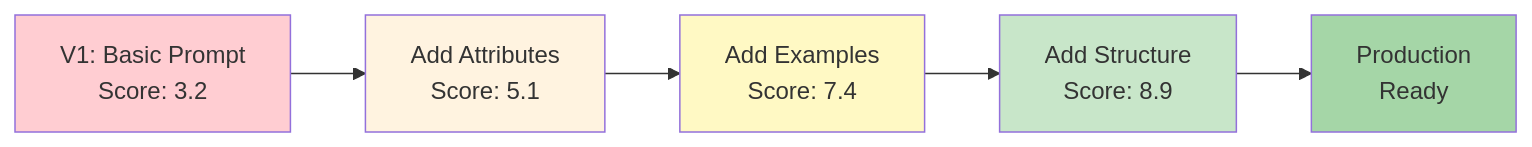
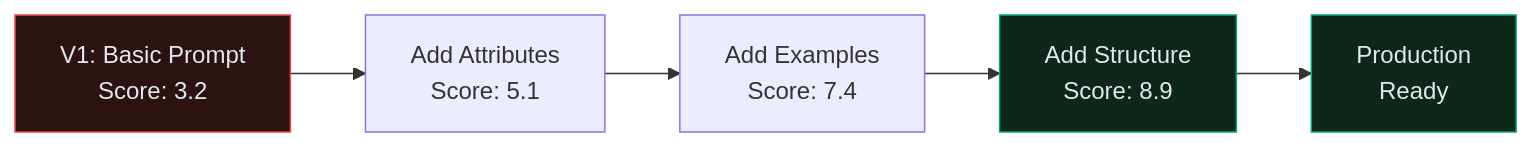
The eighth of 9 diagrams in docs/03_AI-Fluency-Framework-Foundations.md (CagriCatik/claude-ollama-coder), drawn with Mermaid before and after one commit. The commit also changed other lines of this file and 16 other files, not shown here.

````diff
--- a/docs/03_AI-Fluency-Framework-Foundations.md
+++ b/docs/03_AI-Fluency-Framework-Foundations.md
@@ -684,13 +672,11 @@
 ```mermaid
 graph LR
     A["V1: Basic Prompt<br/>Score: 3.2"] --> B["Add Attributes<br/>Score: 5.1"]
     B --> C["Add Examples<br/>Score: 7.4"]
     C --> D["Add Structure<br/>Score: 8.9"]
     D --> E["Production<br/>Ready"]
     
-    style A fill:#ffcdd2
-    style B fill:#fff3e0
-    style C fill:#fff9c4
-    style D fill:#c8e6c9
-    style E fill:#a5d6a7
+    style A fill:#2d1212,stroke:#ef4444,color:#e2e8f0
+    style D fill:#0d2718,stroke:#00a67e,color:#e2e8f0
+    style E fill:#0d2718,stroke:#00a67e,color:#e2e8f0
 ```
````
